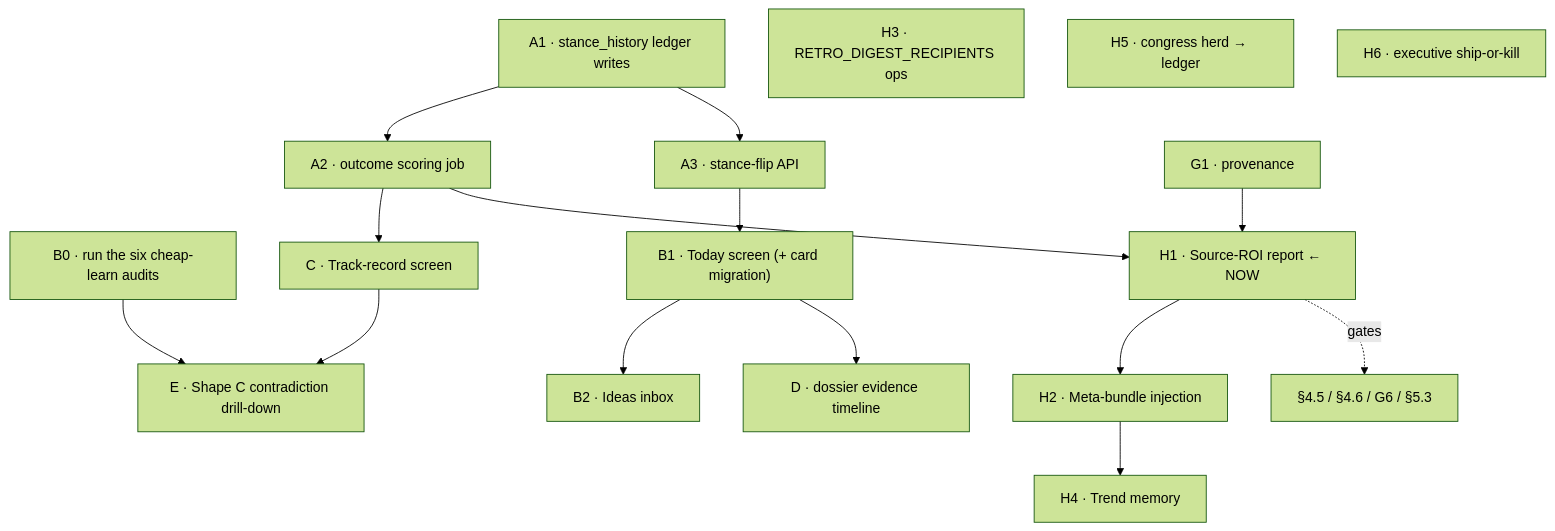
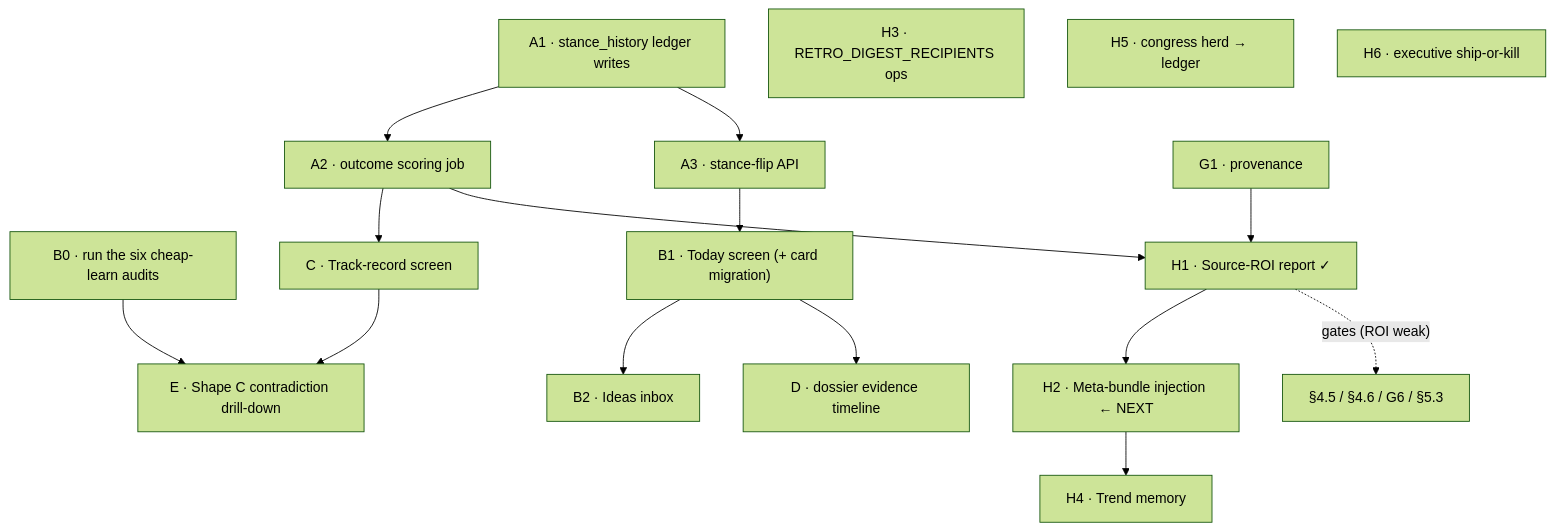
The second of 2 diagrams in docs/ROADMAP.md (CreamyG31337/Portfolio-AI), drawn with Mermaid (forest theme) before and after one commit. The commit also changed other lines of this file and 7 other files, not shown here.

First line of the commit message:
feat: enhance source-ROI reporting and track record analysis

````diff
--- a/docs/ROADMAP.md
+++ b/docs/ROADMAP.md
@@ -547,19 +599,19 @@
 ```mermaid
 flowchart TD
     A1["A1 · stance_history ledger writes"] --> A2["A2 · outcome scoring job"]
     A1 --> A3["A3 · stance-flip API"]
     B0["B0 · run the six cheap-learn audits"] --> E1["E · Shape C contradiction drill-down"]
     A3 --> B1["B1 · Today screen (+ card migration)"]
     B1 --> B2["B2 · Ideas inbox"]
     A2 --> C1["C · Track-record screen"]
     B1 --> D1["D · dossier evidence timeline"]
     C1 --> E1
-    G1["G1 · provenance"] --> H1["H1 · Source-ROI report ← NOW"]
+    G1["G1 · provenance"] --> H1["H1 · Source-ROI report ✓"]
     A2 --> H1
-    H1 --> H2["H2 · Meta-bundle injection"]
-    H1 -.->|"gates"| F56["§4.5 / §4.6 / G6 / §5.3"]
+    H1 --> H2["H2 · Meta-bundle injection ← NEXT"]
+    H1 -.->|"gates (ROI weak)"| F56["§4.5 / §4.6 / G6 / §5.3"]
     H3["H3 · RETRO_DIGEST_RECIPIENTS ops"]
     H2 --> H4["H4 · Trend memory"]
     H5["H5 · congress herd → ledger"]
     H6["H6 · executive ship-or-kill"]
 ```
````
